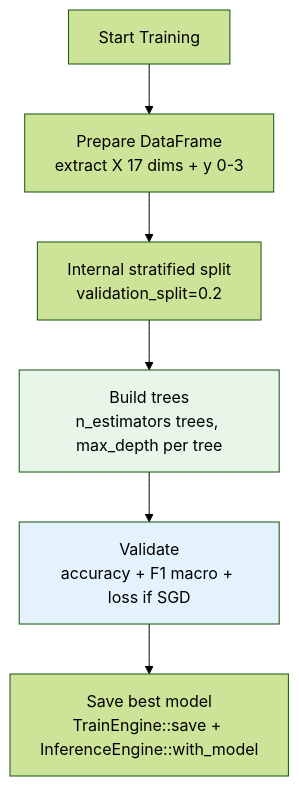
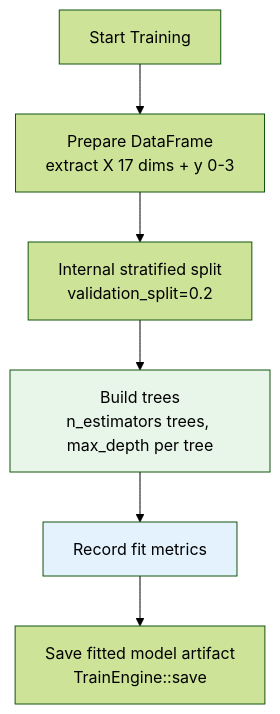
One commit to Evintkoo/2048-ml changed the fourth of 6 diagrams in plans/05-Model/02-Training/02-training-loop.md. Above: the diagram before and after it, drawn with Mermaid (forest theme). The commit also changed other lines of this file and 67 other files, not shown here.

````diff
--- a/plans/05-Model/02-Training/02-training-loop.md
+++ b/plans/05-Model/02-Training/02-training-loop.md
@@ -73,12 +73,12 @@
 ```mermaid
 flowchart TB
     Start[Start Training]
     Start --> Prepare[Prepare DataFrame<br/>extract X 17 dims + y 0-3]
     Prepare --> Split[Internal stratified split<br/>validation_split=0.2]
     Split --> Build[Build trees<br/>n_estimators trees, max_depth per tree]
-    Build --> Validate[Validate<br/>accuracy + F1 macro + loss if SGD]
-    Validate --> Save[Save best model<br/>TrainEngine::save + InferenceEngine::with_model]
+    Build --> Validate[Record fit metrics]
+    Validate --> Save[Save fitted model artifact<br/>TrainEngine::save]
     
     style Build fill:#e8f5e9
     style Validate fill:#e3f2fd
 ```
````
